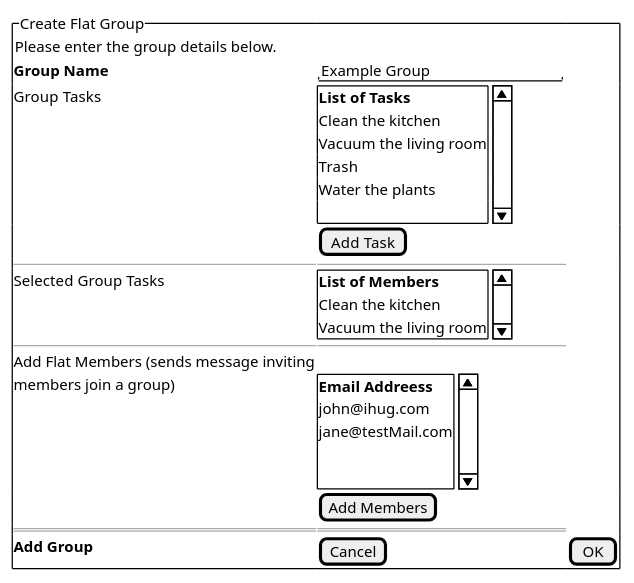
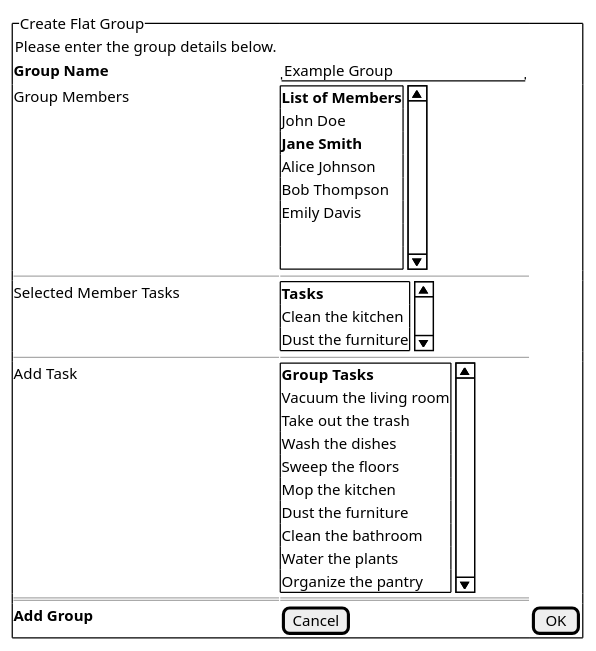
The diagram in Diagrams/UseCaseDiagrams/LofiCreateFlatGroup.puml (hamtana/FlatApp), drawn with PlantUML before and after one commit.

Commit message:
fixed wording in diagram text

```diff
--- a/Diagrams/UseCaseDiagrams/LofiCreateFlatGroup.puml
+++ b/Diagrams/UseCaseDiagrams/LofiCreateFlatGroup.puml
@@ -1,45 +1,47 @@
 @startsalt LofiCreateFlatGroup
 
 
 {^"Create Flat Group" 
     {Please enter the group details below.}
     **Group Name**|  "Example Group           " 
     
 
-    Group Tasks | {SI
-    **List of Tasks**
-    Clean the kitchen
-    Vacuum the living room
-    Trash
-    Water the plants
-    .
-    
-    
-    }
-    . | [Add Task]
-
-    ----|----
-    Selected Group Tasks | {SI
+    Group Members | {SI
     **List of Members**
-    Clean the kitchen
-    Vacuum the living room
-    }
-
-    ---- | ----
-    Add Flat Members (sends message inviting
-     members join a group) | {SI 
-    **Email Addreess** 
-    john@ihug.com
-    jane@testMail.com
+    John Doe
+    **Jane Smith**
+    Alice Johnson
+    Bob Thompson
+    Emily Davis
     .
     .
     }
-    . | [Add Members]
 
+    ----|----
+    Selected Member Tasks | {SI
+    **Tasks**
+    Clean the kitchen
+    Dust the furniture
+    }
+    
+
+    ---- | ----
+    Add Task  | {SI 
+    **Group Tasks**
+    Vacuum the living room
+    Take out the trash
+    Wash the dishes
+    Sweep the floors
+    Mop the kitchen
+    Dust the furniture
+    Clean the bathroom
+    Water the plants
+    Organize the pantry
+    }
 
     ====|====
     **Add Group** | [Cancel]|[ OK ]
 
 }
 
 @endsalt
```
